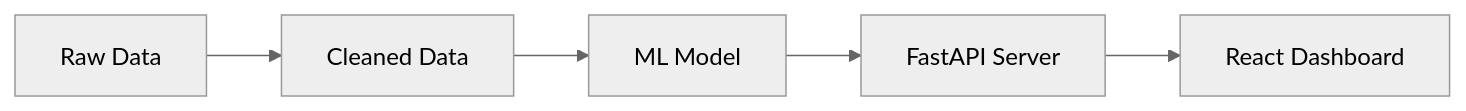
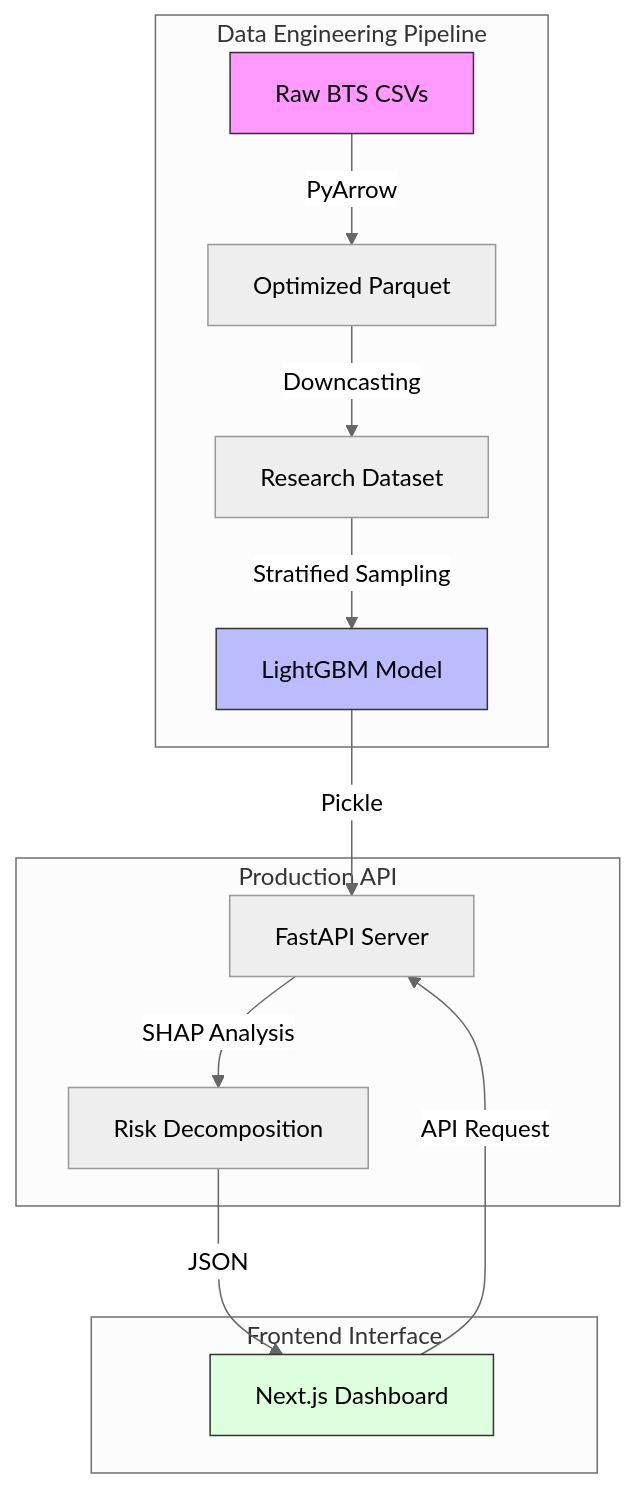
The diagram in README.md (vagi5314/Flight_predictor), drawn with Mermaid (neutral theme) before and after one commit. The commit also changed other lines of this file, not shown here.

````diff
--- a/README.md
+++ b/README.md
@@ -27,7 +22,22 @@
 ```mermaid
-graph LR
-    A[Raw Data] --> B[Cleaned Data]
-    B --> C[ML Model]
-    C --> D[FastAPI Server]
-    D --> E[React Dashboard]
+graph TD
+    subgraph "Data Engineering Pipeline"
+        A[Raw BTS CSVs] -->|PyArrow| B[Optimized Parquet]
+        B -->|Downcasting| C[Research Dataset]
+        C -->|Stratified Sampling| D[LightGBM Model]
+    end
+
+    subgraph "Production API"
+        D -->|Pickle| E[FastAPI Server]
+        E -->|SHAP Analysis| F[Risk Decomposition]
+    end
+
+    subgraph "Frontend Interface"
+        F -->|JSON| G[Next.js Dashboard]
+        G -->|API Request| E
+    end
+
+    style A fill:#f9f,stroke:#333
+    style D fill:#bbf,stroke:#333
+    style G fill:#dfd,stroke:#333
 ```
````
